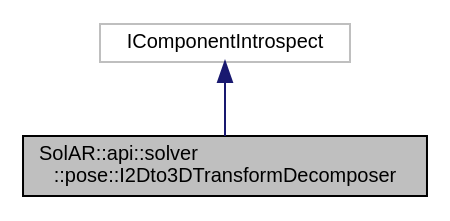
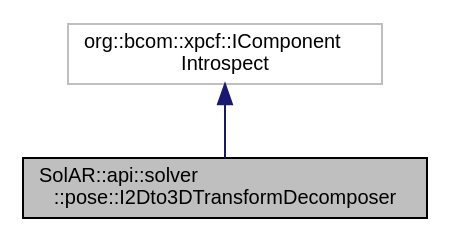
Before and after one commit to SolarFramework/solarframework.github.io: the diagram in api_documentation/class_sol_a_r_1_1api_1_1solver_1_1pose_1_1_i2_dto3_d_transform_decomposer__inherit__graph.dot, drawn with Graphviz. The commit also changed 1012 other files, not shown here.

```diff
--- a/api_documentation/class_sol_a_r_1_1api_1_1solver_1_1pose_1_1_i2_dto3_d_transform_decomposer__inherit__graph.dot
+++ b/api_documentation/class_sol_a_r_1_1api_1_1solver_1_1pose_1_1_i2_dto3_d_transform_decomposer__inherit__graph.dot
@@ -1,8 +1,9 @@
 digraph "SolAR::api::solver::pose::I2Dto3DTransformDecomposer"
 {
+ // LATEX_PDF_SIZE
   edge [fontname="Helvetica",fontsize="10",labelfontname="Helvetica",labelfontsize="10"];
   node [fontname="Helvetica",fontsize="10",shape=record];
-  Node0 [label="SolAR::api::solver\l::pose::I2Dto3DTransformDecomposer",height=0.2,width=0.4,color="black", fillcolor="grey75", style="filled", fontcolor="black"];
-  Node1 -> Node0 [dir="back",color="midnightblue",fontsize="10",style="solid",fontname="Helvetica"];
-  Node1 [label="IComponentIntrospect",height=0.2,width=0.4,color="grey75", fillcolor="white", style="filled"];
+  Node1 [label="SolAR::api::solver\l::pose::I2Dto3DTransformDecomposer",height=0.2,width=0.4,color="black", fillcolor="grey75", style="filled", fontcolor="black",tooltip="Decomposes 2D transform (ex Fundamental matrix) to 3D transform (ex camera pose). UUID: 0404e8b9-b824..."];
+  Node2 -> Node1 [dir="back",color="midnightblue",fontsize="10",style="solid",fontname="Helvetica"];
+  Node2 [label="org::bcom::xpcf::IComponent\lIntrospect",height=0.2,width=0.4,color="grey75", fillcolor="white", style="filled",tooltip=" "];
 }
```
